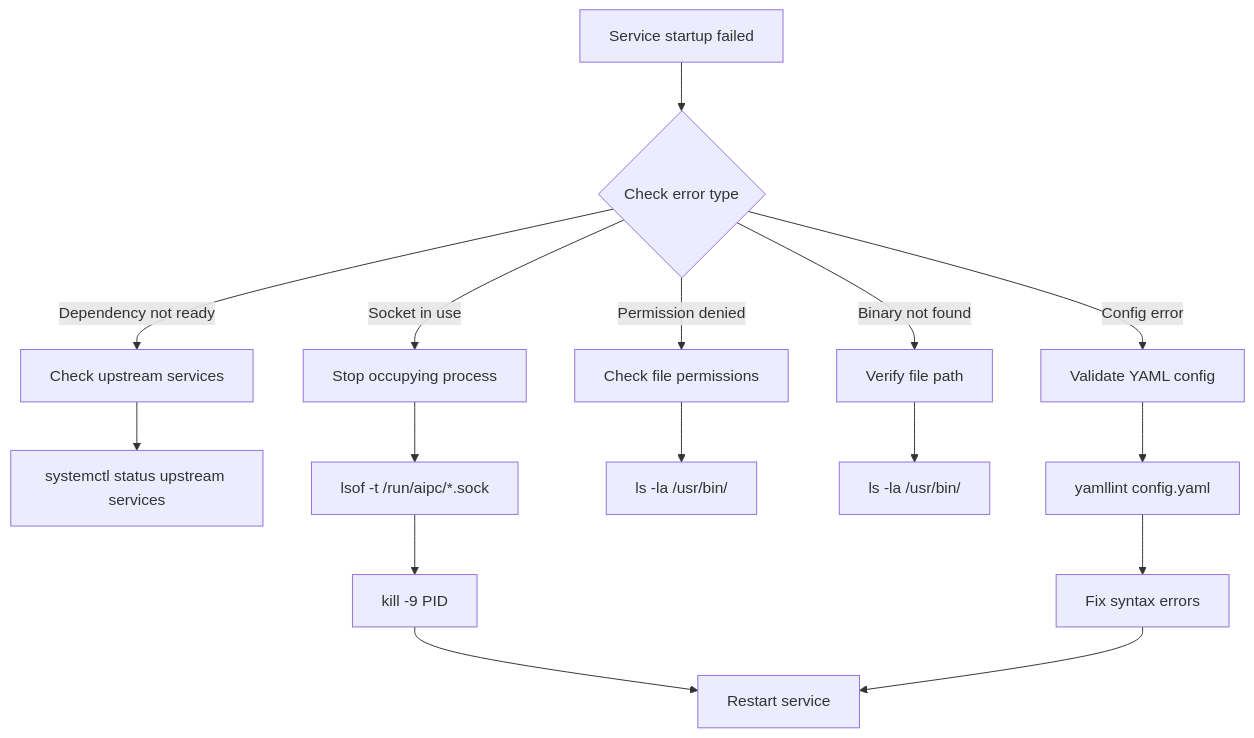
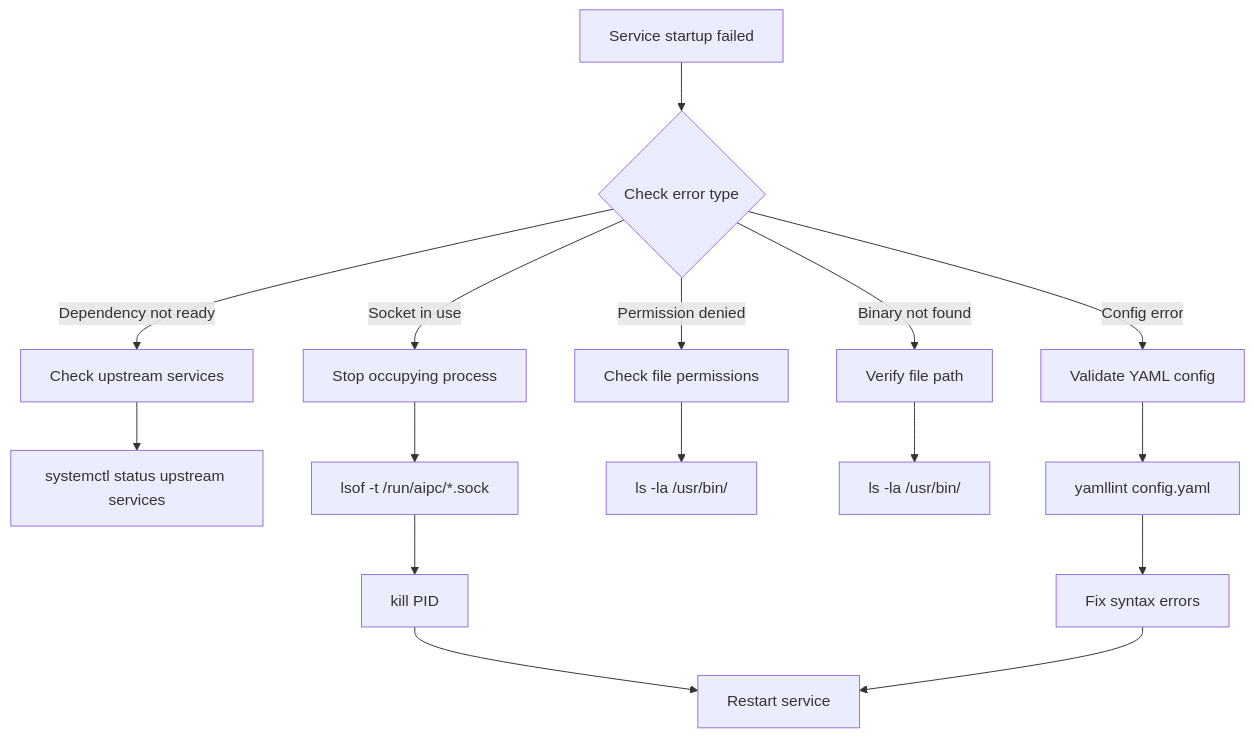
One commit to luommy/wiki-documents changed the second of 3 diagrams in i18n/en/docusaurus-plugin-content-docs/current/6-neoeyes-ne503-series/3-software-guide/4-reference/1-troubleshooting.md. Above: the diagram before and after it, drawn with Mermaid. The commit also changed other lines of this file and 1 other file, not shown here.

Commit message:
fix(ne503): 采纳 PR #150 审核意见修正故障排查命令
- 故障排查流程图 kill -9 → kill：优先 SIGTERM 优雅退出，避免 Unix Socket / SHM 残留
- NPU 温度监控脚本 hailortcli scan → hailortcli fw-control --temperature（scan 不输出温度）
- 中英文同步修改

````diff
--- a/i18n/en/docusaurus-plugin-content-docs/current/6-neoeyes-ne503-series/3-software-guide/4-reference/1-troubleshooting.md
+++ b/i18n/en/docusaurus-plugin-content-docs/current/6-neoeyes-ne503-series/3-software-guide/4-reference/1-troubleshooting.md
@@ -113,20 +113,20 @@
 ```mermaid
 flowchart TD
     A["Service startup failed"] --> B{"Check error type"}
     B -->|"Dependency not ready"| C["Check upstream services"]
     B -->|"Socket in use"| D["Stop occupying process"]
     B -->|"Permission denied"| E["Check file permissions"]
     B -->|"Binary not found"| F["Verify file path"]
     B -->|"Config error"| G["Validate YAML config"]
 
     C --> H["systemctl status upstream services"]
     D --> I["lsof -t /run/aipc/*.sock"]
     E --> J["ls -la /usr/bin/"]
     F --> K["ls -la /usr/bin/"]
     G --> L["yamllint config.yaml"]
 
-    I --> M["kill -9 PID"]
+    I --> M["kill PID"]
     L --> N["Fix syntax errors"]
     M --> O["Restart service"]
     N --> O
 ```
````
